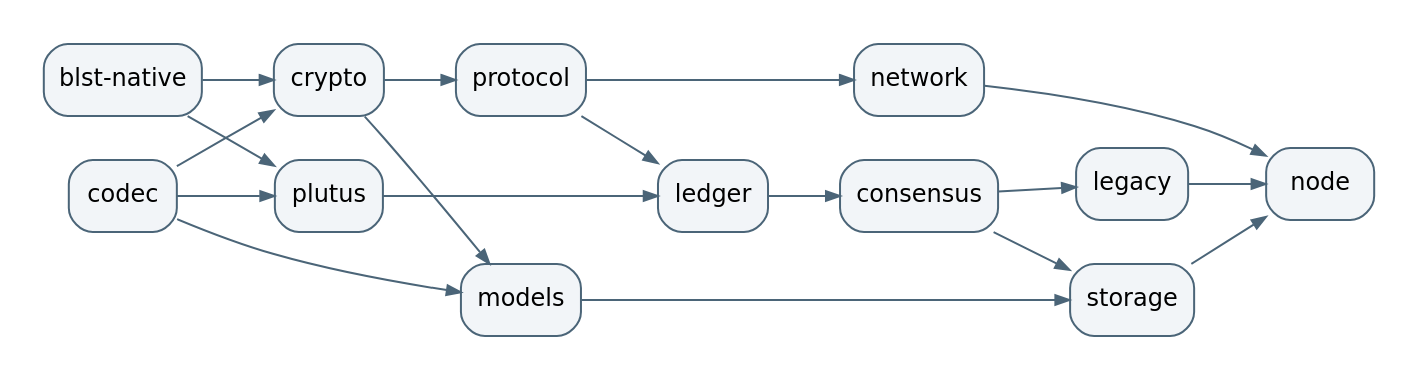
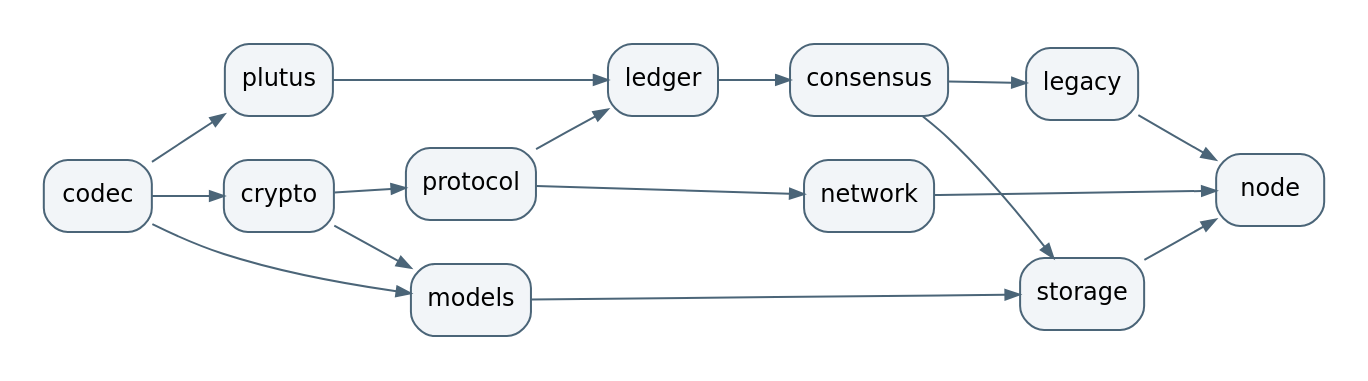
One commit to KD5UJC-XYZ/scarab changed the diagram in docs/assets/modules.dot. Above: the diagram before and after it, drawn with Graphviz. The commit also changed 77 other files, not shown here.

First line of the commit message:
feat(crypto): BLS12-381 through jblst 0.3.18; remove blst-java and the hand-built blst-native (#651) (#652)

```diff
--- a/docs/assets/modules.dot
+++ b/docs/assets/modules.dot
@@ -1,24 +1,21 @@
 // SPDX-License-Identifier: Apache-2.0
 digraph Modules {
   graph [rankdir=LR, bgcolor="white", pad="0.2", nodesep="0.3", ranksep="0.5"];
   node [shape=box, style="rounded,filled", fillcolor="#f2f5f8", color="#4b6578", fontname="DejaVu Sans", fontsize=12];
   edge [color="#4b6578", arrowsize=0.7];
-  blst [label="blst-native"];
-  blst -> crypto;
-  blst -> plutus;
   codec -> crypto;
   codec -> plutus;
   codec -> models;
   crypto -> protocol;
   crypto -> models;
   protocol -> network;
   protocol -> ledger;
   plutus -> ledger;
   ledger -> consensus;
   consensus -> legacy;
   consensus -> storage;
   models -> storage;
   storage -> "node";
   legacy -> "node";
   network -> "node";
 }
```
